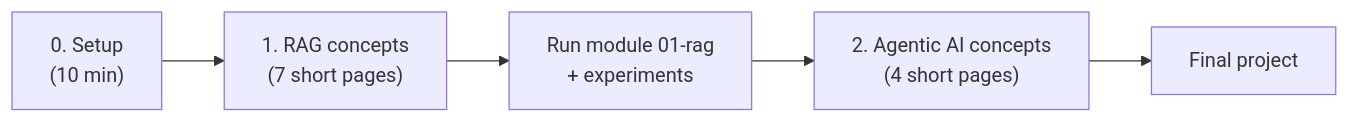
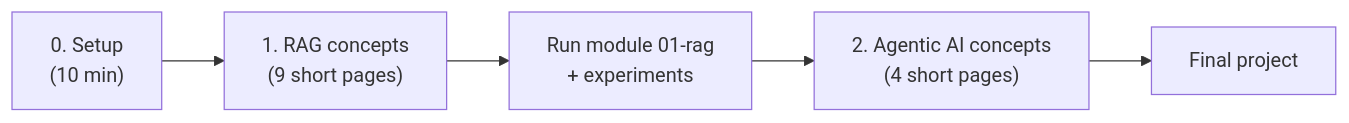
Before and after one commit to prudhivi99/Agentic-System-Design: the diagram in README.md, drawn with Mermaid. The commit also changed other lines of this file and 14 other files, not shown here.

Commit message:
Add lexical search, BM25 and Hybrid RAG pages with diagrams

````diff
--- a/README.md
+++ b/README.md
@@ -13,7 +13,7 @@
 ```mermaid
 flowchart LR
-    S["0. Setup<br/>(10 min)"] --> R["1. RAG concepts<br/>(7 short pages)"]
+    S["0. Setup<br/>(10 min)"] --> R["1. RAG concepts<br/>(9 short pages)"]
     R --> M1["Run module 01-rag<br/>+ experiments"]
     M1 --> A["2. Agentic AI concepts<br/>(4 short pages)"]
     A --> P["Final project"]
 ```
````
